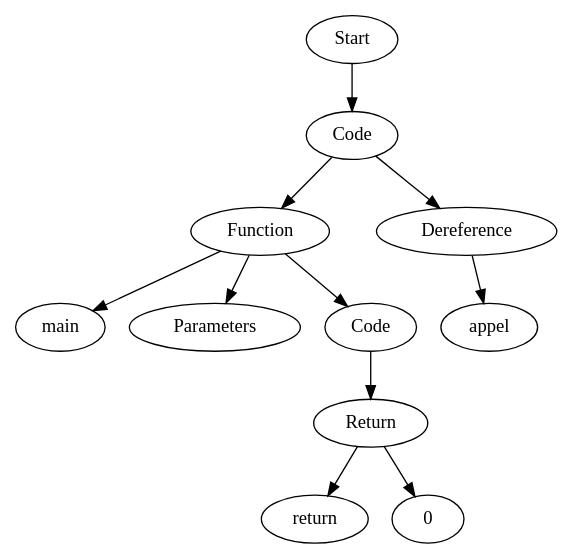
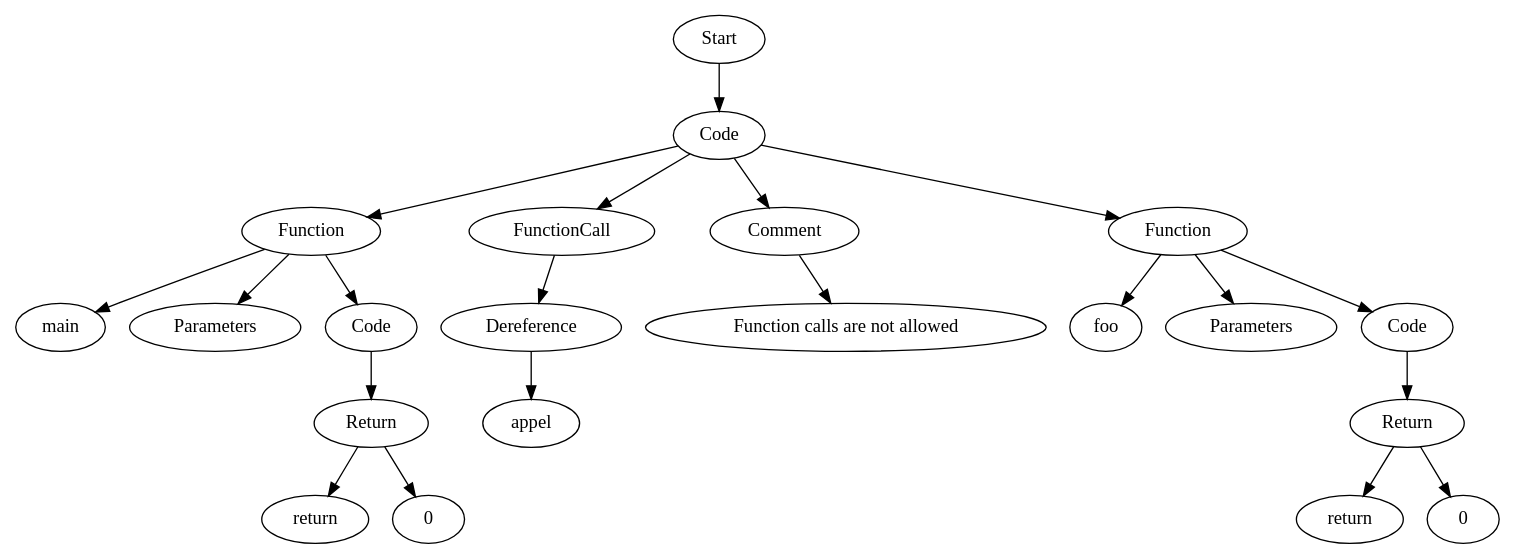
Before and after one commit to Are-you-listening/Compilers: the diagram in TestCases/ASTTests/ConstraintsTests/CreateTests/read_file_before.dot, drawn with Graphviz. The commit also changed 88 other files, not shown here.

```diff
--- a/TestCases/ASTTests/ConstraintsTests/CreateTests/read_file_before.dot
+++ b/TestCases/ASTTests/ConstraintsTests/CreateTests/read_file_before.dot
@@ -1,23 +1,43 @@
 digraph AST {
-  "125785630939968" [label="Start"];
-  "125785630939968" -> "125785630947696";
-  "125785630947696" [label="Code"];
-  "125785630947696" -> "125785630937760";
-  "125785630947696" -> "125785630941840";
-  "125785630937760" [label="Function"];
-  "125785630937760" -> "125785630939488";
-  "125785630937760" -> "125785630949088";
-  "125785630937760" -> "125785630945632";
-  "125785630939488" [label="main"];
-  "125785630949088" [label="Parameters"];
-  "125785630945632" [label="Code"];
-  "125785630945632" -> "125785630948800";
-  "125785630948800" [label="Return"];
-  "125785630948800" -> "125785630940064";
-  "125785630948800" -> "125785630948752";
-  "125785630940064" [label="return"];
-  "125785630948752" [label="0"];
-  "125785630941840" [label="Dereference"];
-  "125785630941840" -> "125785630944048";
-  "125785630944048" [label="appel"];
+  "140406277515456" [label="Start"];
+  "140406277515456" -> "140406277638368";
+  "140406277638368" [label="Code"];
+  "140406277638368" -> "140406277639328";
+  "140406277638368" -> "140406277636304";
+  "140406277638368" -> "140406277636784";
+  "140406277638368" -> "140406277638944";
+  "140406277639328" [label="Function"];
+  "140406277639328" -> "140406277642352";
+  "140406277639328" -> "140406277642112";
+  "140406277639328" -> "140406277641920";
+  "140406277642352" [label="main"];
+  "140406277642112" [label="Parameters"];
+  "140406277641920" [label="Code"];
+  "140406277641920" -> "140406277641728";
+  "140406277641728" [label="Return"];
+  "140406277641728" -> "140406277639712";
+  "140406277641728" -> "140406277637552";
+  "140406277639712" [label="return"];
+  "140406277637552" [label="0"];
+  "140406277636304" [label="FunctionCall"];
+  "140406277636304" -> "140406277641008";
+  "140406277641008" [label="Dereference"];
+  "140406277641008" -> "140406277639472";
+  "140406277639472" [label="appel"];
+  "140406277636784" [label="Comment"];
+  "140406277636784" -> "140406277643024";
+  "140406277643024" [label="Function calls are not allowed"];
+  "140406277638944" [label="Function"];
+  "140406277638944" -> "140406277642784";
+  "140406277638944" -> "140406277641632";
+  "140406277638944" -> "140406277642448";
+  "140406277642784" [label="foo"];
+  "140406277641632" [label="Parameters"];
+  "140406277642448" [label="Code"];
+  "140406277642448" -> "140406277639232";
+  "140406277639232" [label="Return"];
+  "140406277639232" -> "140406277642256";
+  "140406277639232" -> "140406277637744";
+  "140406277642256" [label="return"];
+  "140406277637744" [label="0"];
 }
```
